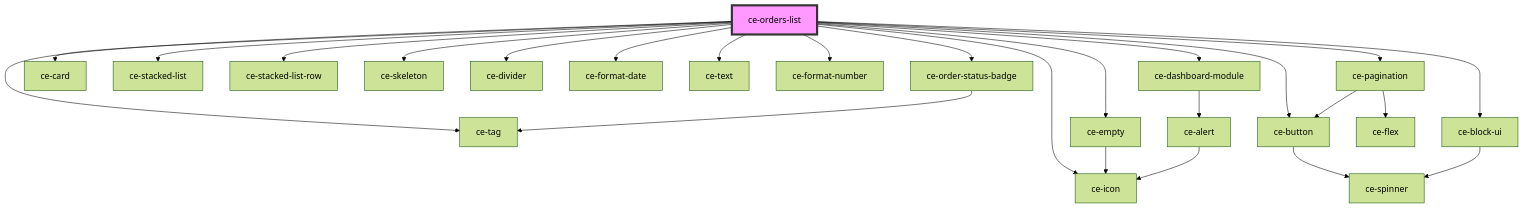
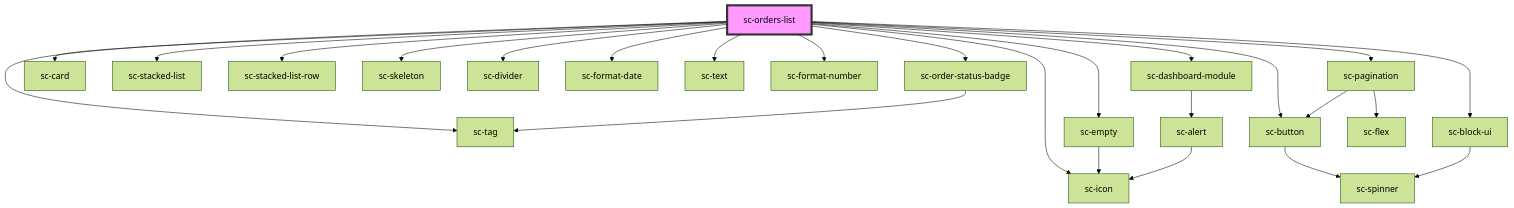
The diagram in packages/components/src/components/controllers/dashboard/orders-list/readme.md (surecart/surecart-wp-plugin), drawn with Mermaid (forest theme) before and after one commit. The commit also changed other lines of this file and 1281 other files, not shown here.

````diff
--- a/packages/components/src/components/controllers/dashboard/orders-list/readme.md
+++ b/packages/components/src/components/controllers/dashboard/orders-list/readme.md
@@ -39,28 +39,28 @@
 ```mermaid
 graph TD;
-  ce-orders-list --> ce-tag
-  ce-orders-list --> ce-order-status-badge
-  ce-orders-list --> ce-card
-  ce-orders-list --> ce-stacked-list
-  ce-orders-list --> ce-stacked-list-row
-  ce-orders-list --> ce-skeleton
-  ce-orders-list --> ce-divider
-  ce-orders-list --> ce-empty
-  ce-orders-list --> ce-format-date
-  ce-orders-list --> ce-text
-  ce-orders-list --> ce-format-number
-  ce-orders-list --> ce-dashboard-module
-  ce-orders-list --> ce-button
-  ce-orders-list --> ce-icon
-  ce-orders-list --> ce-pagination
-  ce-orders-list --> ce-block-ui
-  ce-order-status-badge --> ce-tag
-  ce-empty --> ce-icon
-  ce-dashboard-module --> ce-alert
-  ce-alert --> ce-icon
-  ce-button --> ce-spinner
-  ce-pagination --> ce-flex
-  ce-pagination --> ce-button
-  ce-block-ui --> ce-spinner
-  style ce-orders-list fill:#f9f,stroke:#333,stroke-width:4px
+  sc-orders-list --> sc-tag
+  sc-orders-list --> sc-order-status-badge
+  sc-orders-list --> sc-card
+  sc-orders-list --> sc-stacked-list
+  sc-orders-list --> sc-stacked-list-row
+  sc-orders-list --> sc-skeleton
+  sc-orders-list --> sc-divider
+  sc-orders-list --> sc-empty
+  sc-orders-list --> sc-format-date
+  sc-orders-list --> sc-text
+  sc-orders-list --> sc-format-number
+  sc-orders-list --> sc-dashboard-module
+  sc-orders-list --> sc-button
+  sc-orders-list --> sc-icon
+  sc-orders-list --> sc-pagination
+  sc-orders-list --> sc-block-ui
+  sc-order-status-badge --> sc-tag
+  sc-empty --> sc-icon
+  sc-dashboard-module --> sc-alert
+  sc-alert --> sc-icon
+  sc-button --> sc-spinner
+  sc-pagination --> sc-flex
+  sc-pagination --> sc-button
+  sc-block-ui --> sc-spinner
+  style sc-orders-list fill:#f9f,stroke:#333,stroke-width:4px
 ```
````
